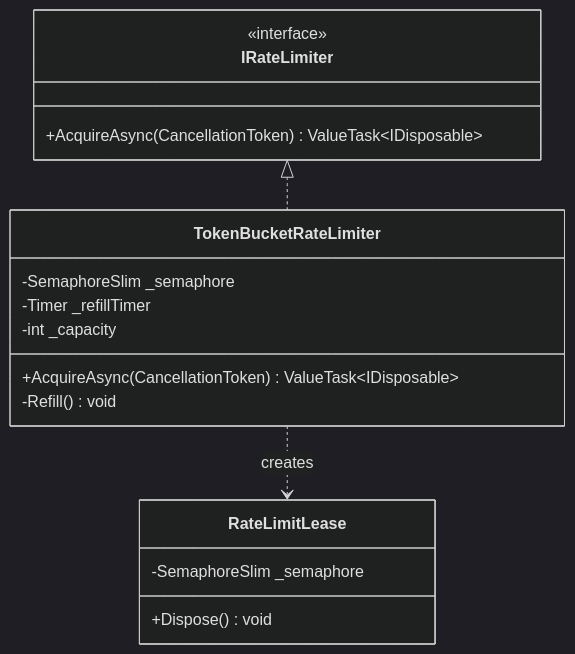
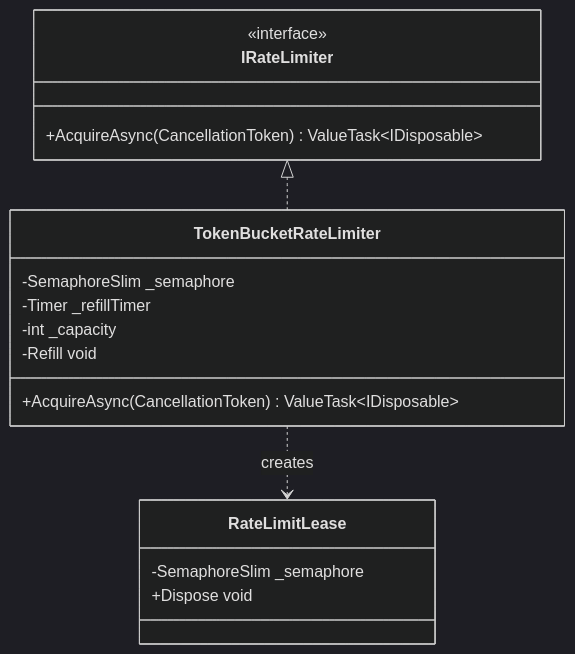
Before and after one commit to umashankarp/InterviewQuestions: the third of 4 diagrams in 01-CSharp/02-Async-Await-Internals.md, drawn with Mermaid (dark theme). The commit also changed other lines of this file and 173 other files, not shown here.

````diff
--- a/01-CSharp/02-Async-Await-Internals.md
+++ b/01-CSharp/02-Async-Await-Internals.md
@@ -597,20 +597,20 @@
 ```mermaid
 classDiagram
-    class IRateLimiter {
-        <<interface>>
-        +AcquireAsync(CancellationToken) ValueTask~IDisposable~
-    }
-    class TokenBucketRateLimiter {
-        -SemaphoreSlim _semaphore
-        -Timer _refillTimer
-        -int _capacity
-        +AcquireAsync(CancellationToken) ValueTask~IDisposable~
-        -Refill() void
-    }
-    class RateLimitLease {
-        -SemaphoreSlim _semaphore
-        +Dispose() void
-    }
-    IRateLimiter <|.. TokenBucketRateLimiter
-    TokenBucketRateLimiter ..> RateLimitLease : creates
+ class IRateLimiter {
+ <<interface>>
+ +AcquireAsync(CancellationToken) ValueTask~IDisposable~
+ }
+ class TokenBucketRateLimiter {
+ -SemaphoreSlim _semaphore
+ -Timer _refillTimer
+ -int _capacity
+ +AcquireAsync(CancellationToken) ValueTask~IDisposable~
+ -Refill void
+ }
+ class RateLimitLease {
+ -SemaphoreSlim _semaphore
+ +Dispose void
+ }
+ IRateLimiter <|.. TokenBucketRateLimiter
+ TokenBucketRateLimiter..> RateLimitLease: creates
 ```
````
